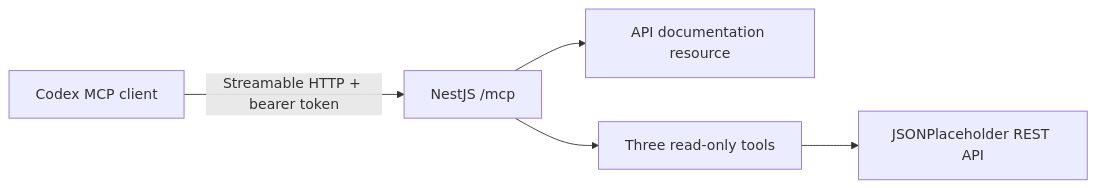
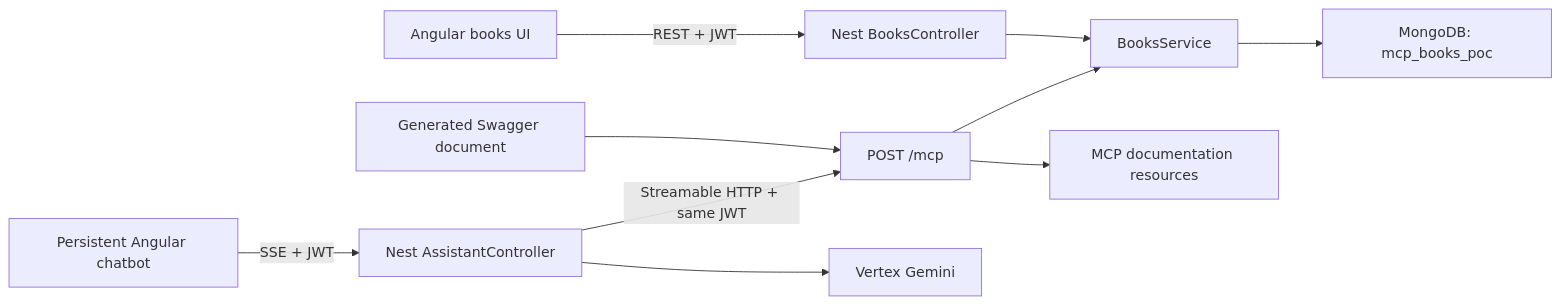
One commit to mohamedalalwan-penny/nest-mcp-learning-server changed the diagram in README.md. Above: the diagram before and after it, drawn with Mermaid. The commit also changed other lines of this file and 100 other files, not shown here.

Commit message:
feat: add books MCP full-stack POC

````diff
--- a/README.md
+++ b/README.md
@@ -9,7 +17,12 @@
 ```mermaid
 flowchart LR
-    Codex["Codex MCP client"] -->|"Streamable HTTP + bearer token"| Nest["NestJS /mcp"]
-    Nest --> Resource["API documentation resource"]
-    Nest --> Tools["Three read-only tools"]
-    Tools --> API["JSONPlaceholder REST API"]
+    UI["Angular books UI"] -->|"REST + JWT"| REST["Nest BooksController"]
+    Widget["Persistent Angular chatbot"] -->|"SSE + JWT"| Assistant["Nest AssistantController"]
+    Assistant -->|"Streamable HTTP + same JWT"| MCP["POST /mcp"]
+    MCP --> Service["BooksService"]
+    REST --> Service
+    Service --> Mongo["MongoDB: mcp_books_poc"]
+    Swagger["Generated Swagger document"] --> MCP
+    MCP --> Docs["MCP documentation resources"]
+    Assistant --> Gemini["Vertex Gemini"]
 ```
````
